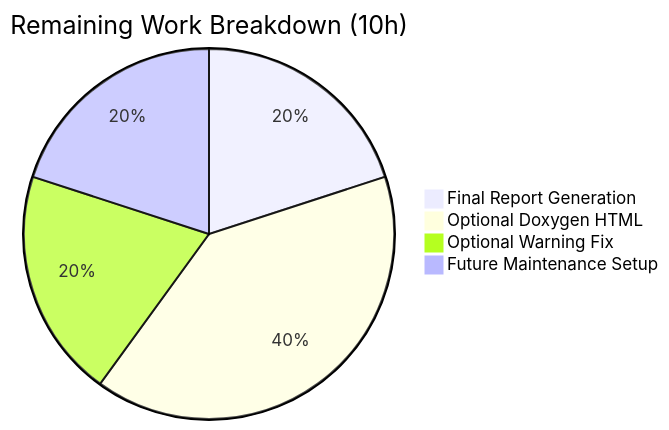
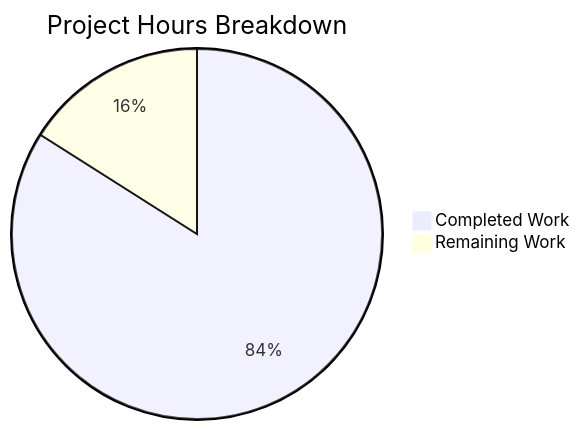
Before and after one commit to blitzy-public-samples/blitzy-dnsmasq: the second of 2 diagrams in blitzy/documentation/Project Guide.md, drawn with Mermaid. The commit also changed other lines of this file, not shown here.

Commit message:
Adding Blitzy Project Guide: Project Status and Human Tasks Remaining

````diff
--- a/blitzy/documentation/Project Guide.md
+++ b/blitzy/documentation/Project Guide.md
@@ -199,7 +230,5 @@
 ```mermaid
-pie title Remaining Work Breakdown (10h)
-    "Final Report Generation" : 2
-    "Optional Doxygen HTML" : 4
-    "Optional Warning Fix" : 2
-    "Future Maintenance Setup" : 2
+pie title Project Hours Breakdown
+    "Completed Work" : 556
+    "Remaining Work" : 106
 ```
````
